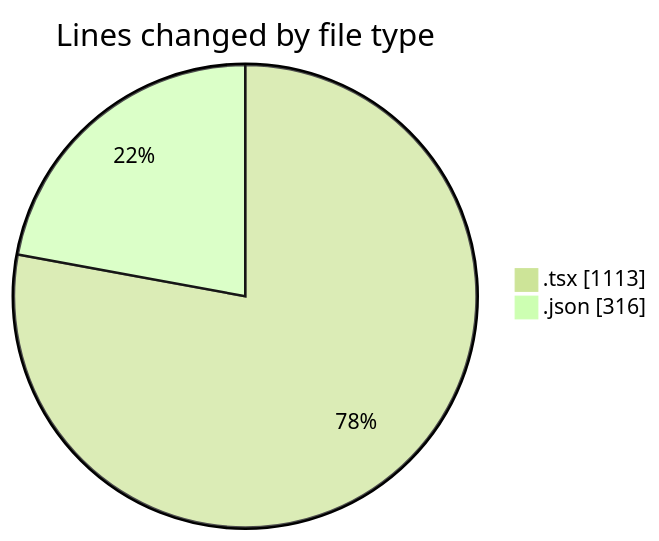
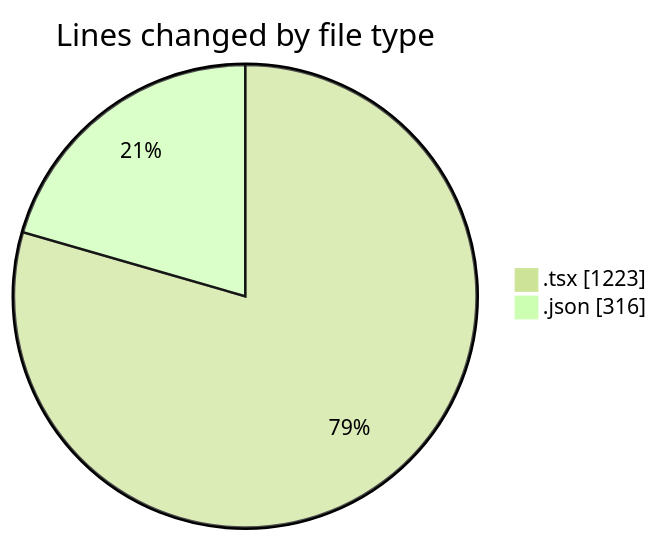
Before and after one commit to EIIisD/code-tracking: the first of 2 diagrams in 2025-08-13/ribbon/README.md, drawn with Mermaid (forest theme). The commit also changed other lines of this file and 1 other file, not shown here.

````diff
--- a/2025-08-13/ribbon/README.md
+++ b/2025-08-13/ribbon/README.md
@@ -26,6 +26,6 @@
 ```mermaid
 pie showData
 title Lines changed by file type
-".tsx" : 1113
+".tsx" : 1223
 ".json" : 316
 ```
````
